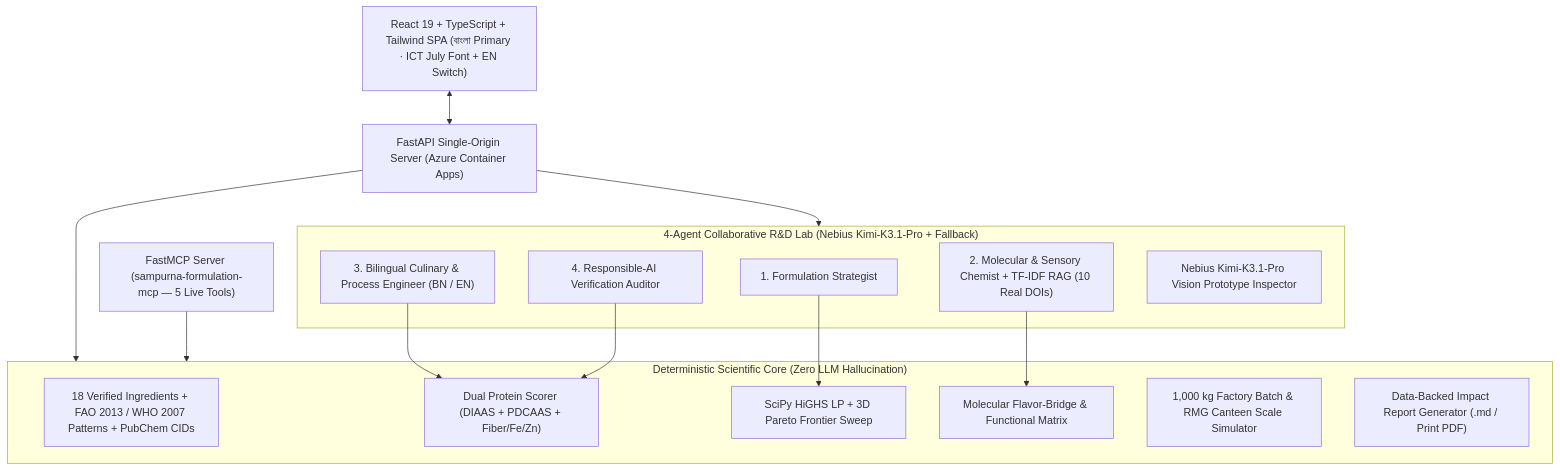
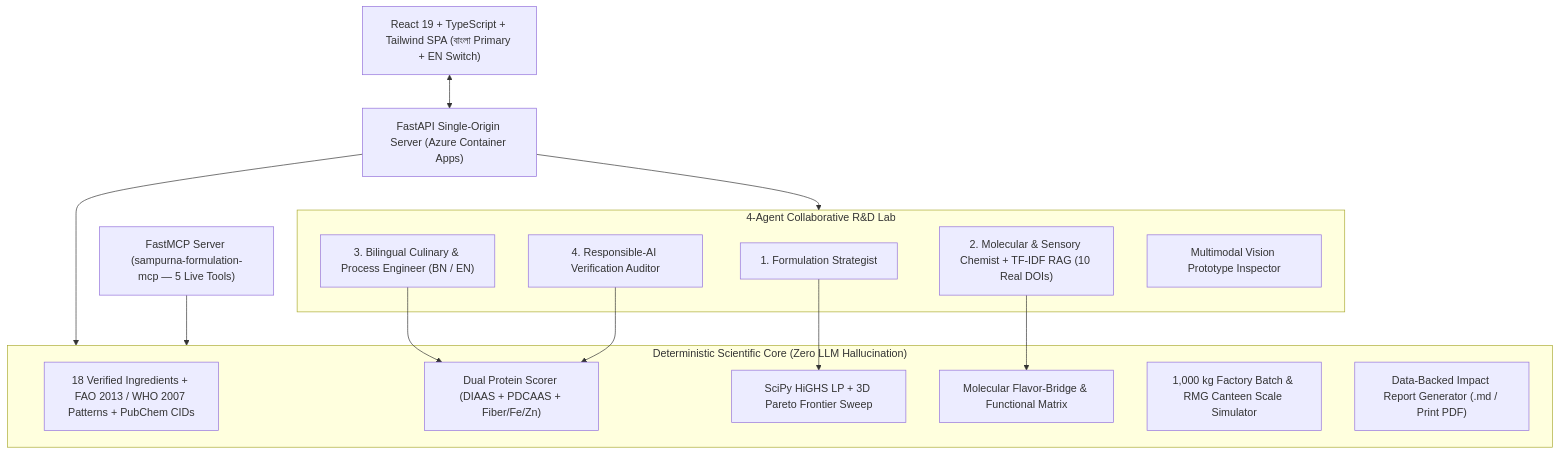
The diagram in README.md (happinessisreal/sampurna-ai), drawn with Mermaid before and after one commit. The commit also changed other lines of this file and 14 other files, not shown here.

````diff
--- a/README.md
+++ b/README.md
@@ -34,32 +39,32 @@
 ```mermaid
 flowchart TD
-    UI["React 19 + TypeScript + Tailwind SPA (বাংলা Primary · ICT July Font + EN Switch)"]
+    UI["React 19 + TypeScript + Tailwind SPA (বাংলা Primary + EN Switch)"]
     API["FastAPI Single-Origin Server (Azure Container Apps)"]
     MCP["FastMCP Server (sampurna-formulation-mcp — 5 Live Tools)"]
 
     subgraph Core["Deterministic Scientific Core (Zero LLM Hallucination)"]
         DATA["18 Verified Ingredients + FAO 2013 / WHO 2007 Patterns + PubChem CIDs"]
         SCORE["Dual Protein Scorer (DIAAS + PDCAAS + Fiber/Fe/Zn)"]
         OPT["SciPy HiGHS LP + 3D Pareto Frontier Sweep"]
         CHEM["Molecular Flavor-Bridge & Functional Matrix"]
         ECON["1,000 kg Factory Batch & RMG Canteen Scale Simulator"]
         REP["Data-Backed Impact Report Generator (.md / Print PDF)"]
     end
 
-    subgraph Agents["4-Agent Collaborative R&D Lab (Nebius Kimi-K3.1-Pro + Fallback)"]
+    subgraph Agents["4-Agent Collaborative R&D Lab"]
         A1["1. Formulation Strategist"]
         A2["2. Molecular & Sensory Chemist + TF-IDF RAG (10 Real DOIs)"]
         A3["3. Bilingual Culinary & Process Engineer (BN / EN)"]
         A4["4. Responsible-AI Verification Auditor"]
-        VIS["Nebius Kimi-K3.1-Pro Vision Prototype Inspector"]
+        VIS["Multimodal Vision Prototype Inspector"]
     end
 
     UI <--> API
     API --> Core
     API --> Agents
     MCP --> Core
     A1 --> OPT
     A2 --> CHEM
     A3 --> SCORE
     A4 --> SCORE
 ```
````
